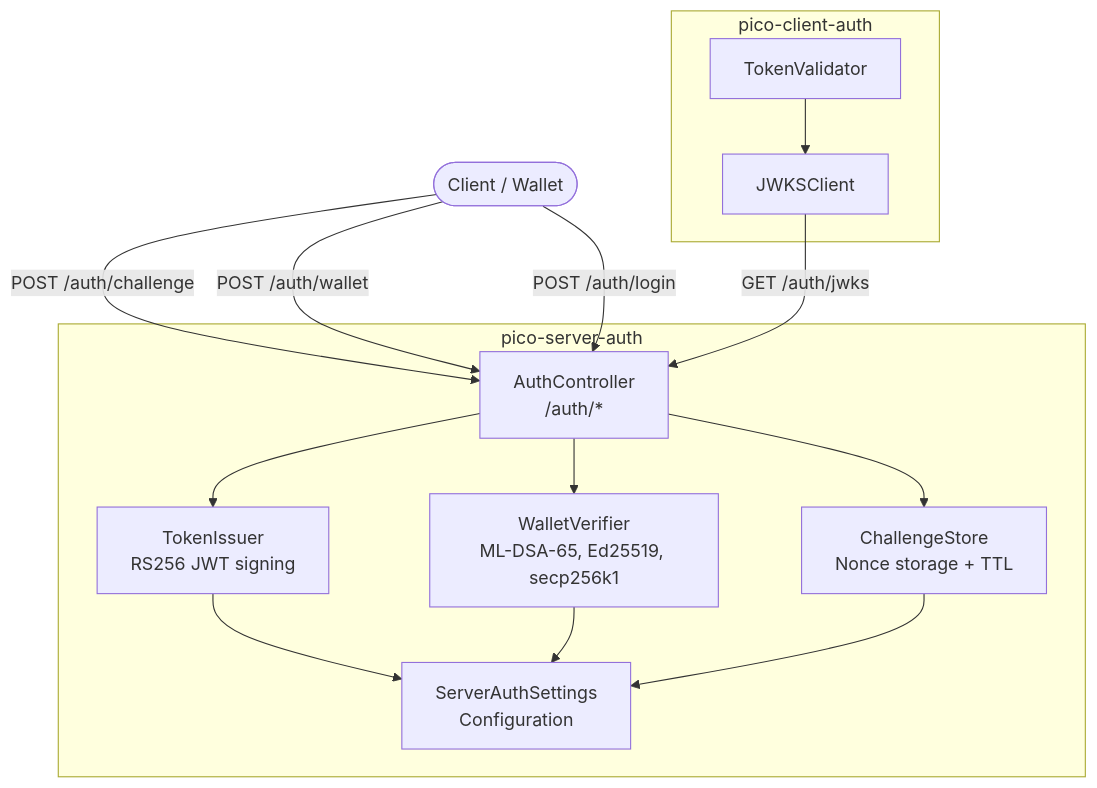
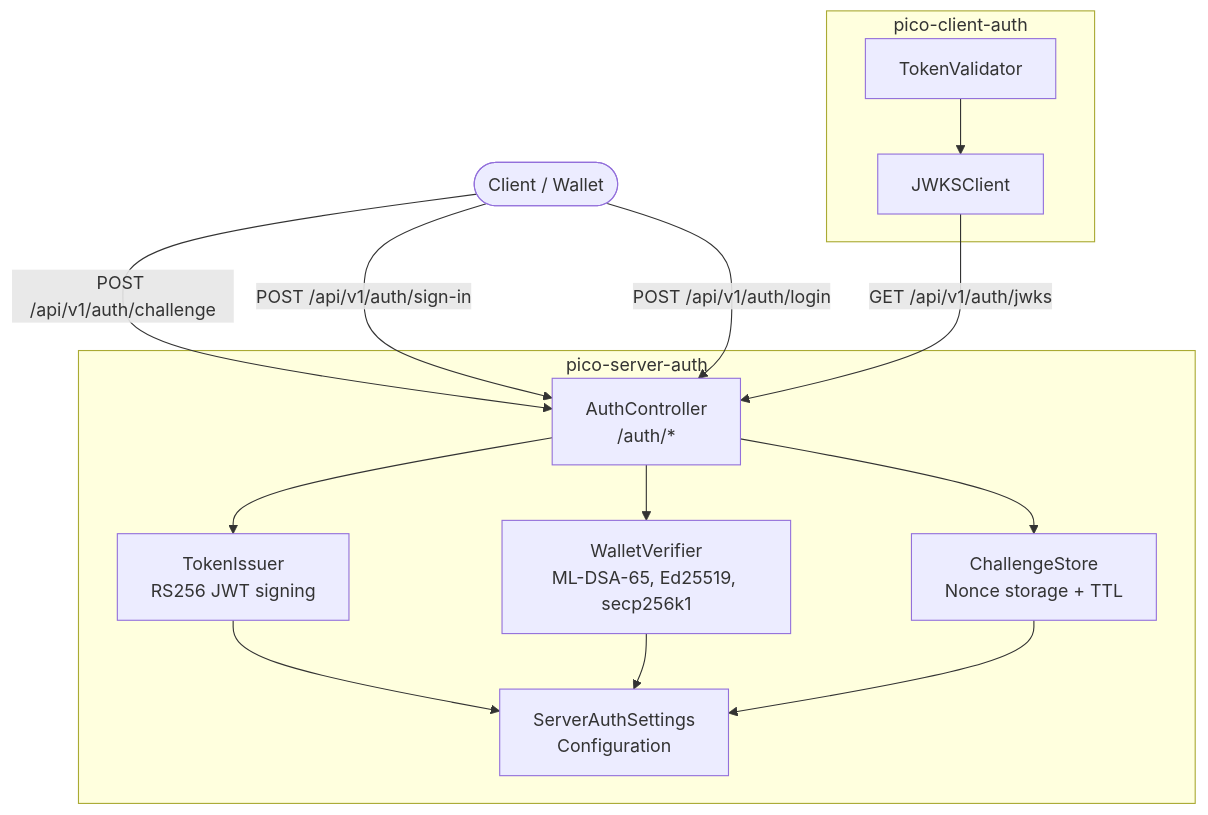
One commit to dperezcabrera/pico-server-auth changed the first of 4 diagrams in docs/architecture.md. Above: the diagram before and after it, drawn with Mermaid. The commit also changed other lines of this file and 20 other files, not shown here.

Commit message:
Standardize API routes to /api/v1/auth/, fix CI and docs

````diff
--- a/docs/architecture.md
+++ b/docs/architecture.md
@@ -5,29 +5,29 @@
 ```mermaid
 graph TB
     subgraph "pico-server-auth"
         AC[AuthController<br/>/auth/*]
         TI[TokenIssuer<br/>RS256 JWT signing]
         WV[WalletVerifier<br/>ML-DSA-65, Ed25519, secp256k1]
         CS[ChallengeStore<br/>Nonce storage + TTL]
         SAS[ServerAuthSettings<br/>Configuration]
     end
 
     AC --> TI
     AC --> WV
     AC --> CS
     TI --> SAS
     WV --> SAS
     CS --> SAS
 
-    Client([Client / Wallet]) -->|POST /auth/challenge| AC
-    Client -->|POST /auth/wallet| AC
-    Client -->|POST /auth/login| AC
+    Client([Client / Wallet]) -->|POST /api/v1/auth/challenge| AC
+    Client -->|POST /api/v1/auth/sign-in| AC
+    Client -->|POST /api/v1/auth/login| AC
 
     subgraph "pico-client-auth"
         TV[TokenValidator]
         JC[JWKSClient]
     end
 
-    JC -->|GET /auth/jwks| AC
+    JC -->|GET /api/v1/auth/jwks| AC
     TV --> JC
 ```
````
